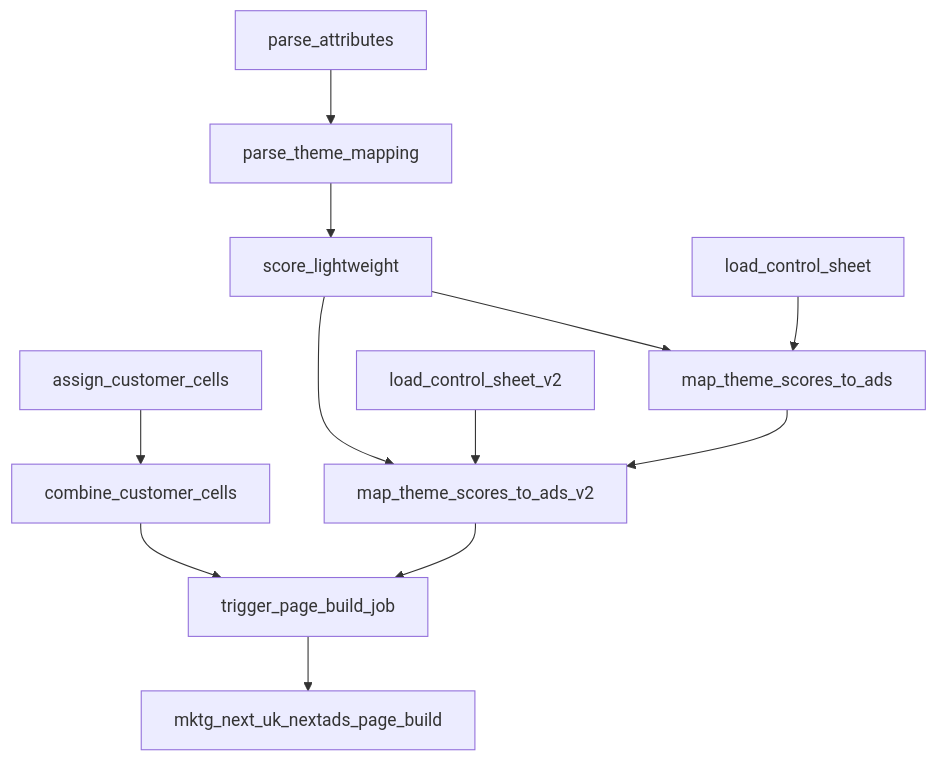
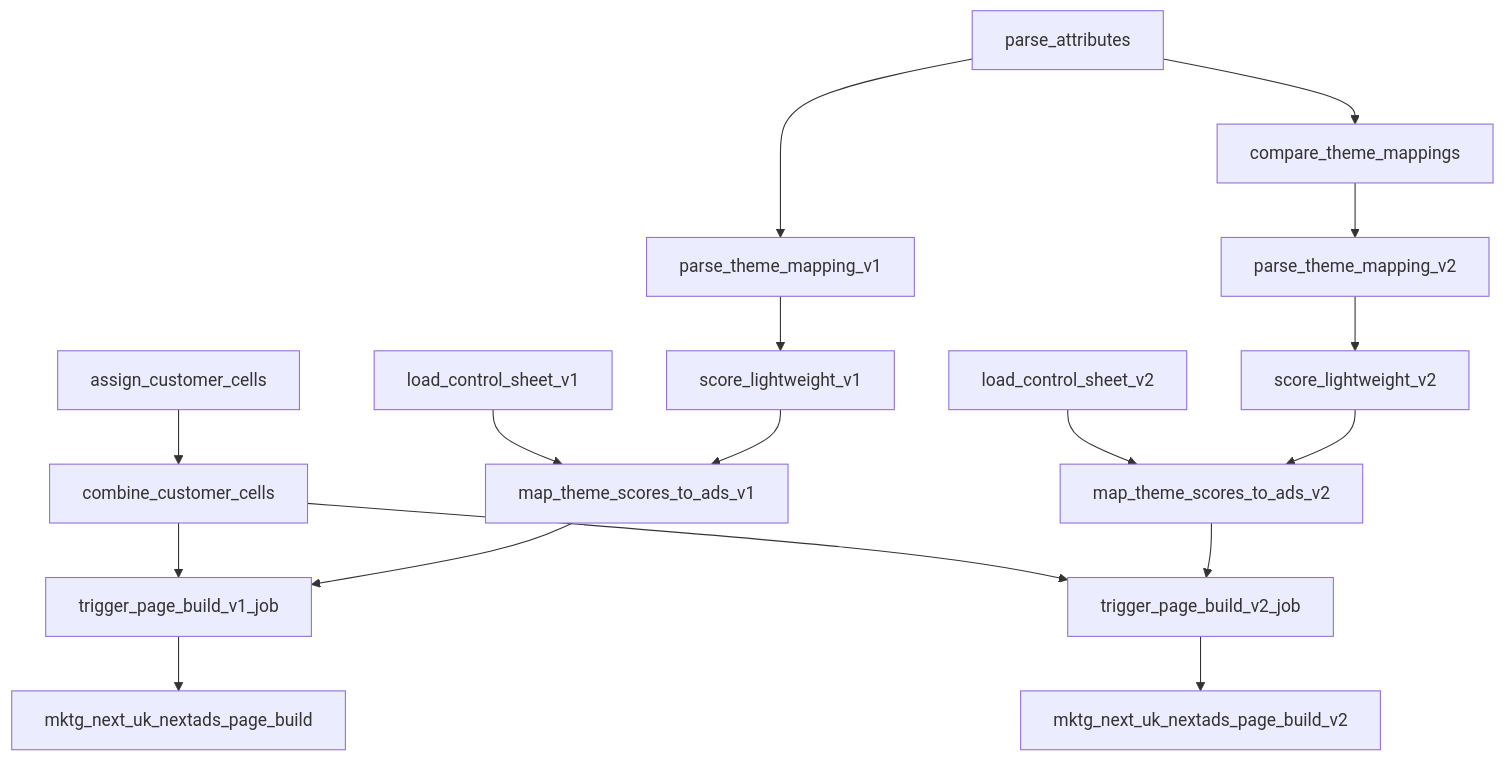
Before and after one commit to swblain-glyndwr/personal_project: the second of 8 diagrams in docs/CICD/nextads_databricks_runtime_map.md, drawn with Mermaid. The commit also changed other lines of this file and 40 other files, not shown here.

Commit message:
Split NextAds v1 and v2 theme routes

````diff
--- a/docs/CICD/nextads_databricks_runtime_map.md
+++ b/docs/CICD/nextads_databricks_runtime_map.md
@@ -60,13 +64,16 @@
 ```mermaid
 flowchart TD
   assign_customer_cells --> combine_customer_cells
-  parse_attributes --> parse_theme_mapping --> score_lightweight
-  load_control_sheet --> map_theme_scores_to_ads
-  score_lightweight --> map_theme_scores_to_ads
+  parse_attributes --> parse_theme_mapping_v1 --> score_lightweight_v1
+  parse_attributes --> compare_theme_mappings --> parse_theme_mapping_v2 --> score_lightweight_v2
+  load_control_sheet_v1 --> map_theme_scores_to_ads_v1
+  score_lightweight_v1 --> map_theme_scores_to_ads_v1
   load_control_sheet_v2 --> map_theme_scores_to_ads_v2
-  score_lightweight --> map_theme_scores_to_ads_v2
-  map_theme_scores_to_ads --> map_theme_scores_to_ads_v2
-  combine_customer_cells --> trigger_page_build_job
-  map_theme_scores_to_ads_v2 --> trigger_page_build_job
-  trigger_page_build_job --> page_build["mktg_next_uk_nextads_page_build"]
+  score_lightweight_v2 --> map_theme_scores_to_ads_v2
+  combine_customer_cells --> trigger_page_build_v1_job
+  map_theme_scores_to_ads_v1 --> trigger_page_build_v1_job
+  combine_customer_cells --> trigger_page_build_v2_job
+  map_theme_scores_to_ads_v2 --> trigger_page_build_v2_job
+  trigger_page_build_v1_job --> page_build["mktg_next_uk_nextads_page_build"]
+  trigger_page_build_v2_job --> page_build_v2["mktg_next_uk_nextads_page_build_v2"]
 ```
````
